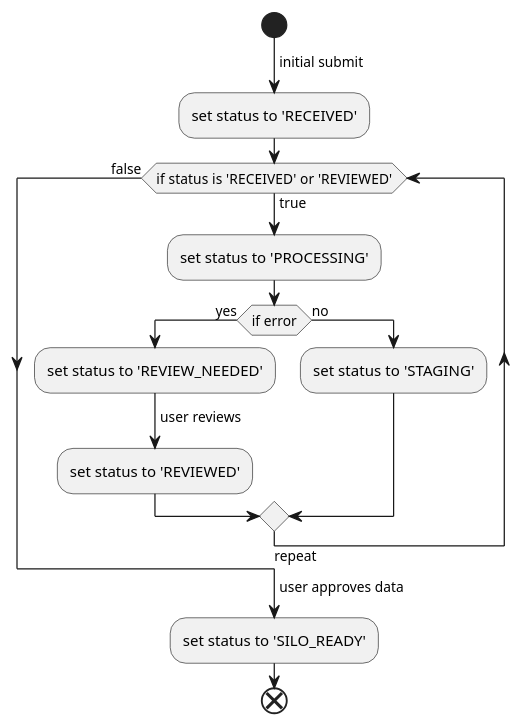
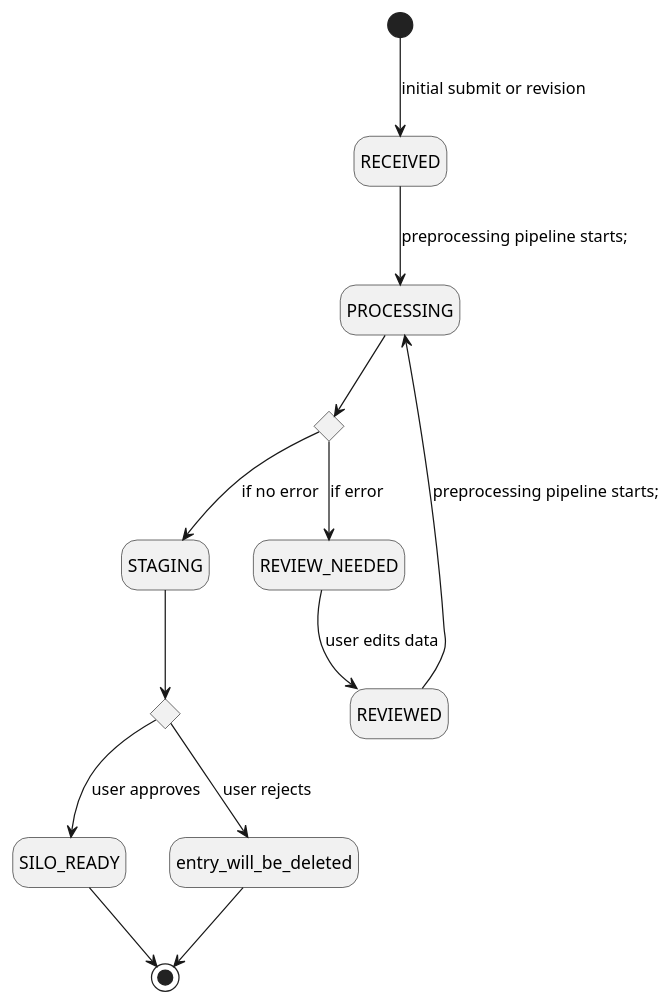
Before and after one commit to loculus-project/loculus: the diagram in backend/docs/plantuml/statusChange.puml, drawn with PlantUML. The commit also changed 3 other files, not shown here.

Commit message:
docs(backend): adapt state change diagrams for submit/revise and revoke

```diff
--- a/backend/docs/plantuml/statusChange.puml
+++ b/backend/docs/plantuml/statusChange.puml
@@ -1,20 +1,26 @@
 @startuml
-    start
-    ->initial submit;
-    :set status to 'RECEIVED';
-    while (if status is  'RECEIVED' or 'REVIEWED')
-    ->true;
-    :set status to 'PROCESSING';
-     if (if error) then (yes)
-          :set status to 'REVIEW_NEEDED';
-            -> user reviews;
-          :set status to 'REVIEWED';
-      else (no)
-            :set status to 'STAGING';
-      endif
-    ->repeat;
-    endwhile (false)
-    ->user approves data;
-    :set status to 'SILO_READY';
-    end
+  hide empty description
+
+  state RECEIVED
+  state PROCESSING
+  state REVIEW_NEEDED
+  state REVIEWED
+  state SILO_READY
+  state entry_will_be_deleted
+
+  state is_error <<choice>>
+  state is_approved <<choice>>
+
+  [*] --> RECEIVED : initial submit or revision
+  RECEIVED --> PROCESSING : preprocessing pipeline starts;
+  PROCESSING --> is_error
+  is_error --> REVIEW_NEEDED : if error
+  REVIEW_NEEDED --> REVIEWED : user edits data
+  REVIEWED --> PROCESSING : preprocessing pipeline starts;
+  is_error --> STAGING : if no error
+  STAGING --> is_approved
+  is_approved --> SILO_READY : user approves
+  is_approved --> entry_will_be_deleted : user rejects
+  SILO_READY --> [*]
+  entry_will_be_deleted --> [*]
 @enduml
```
